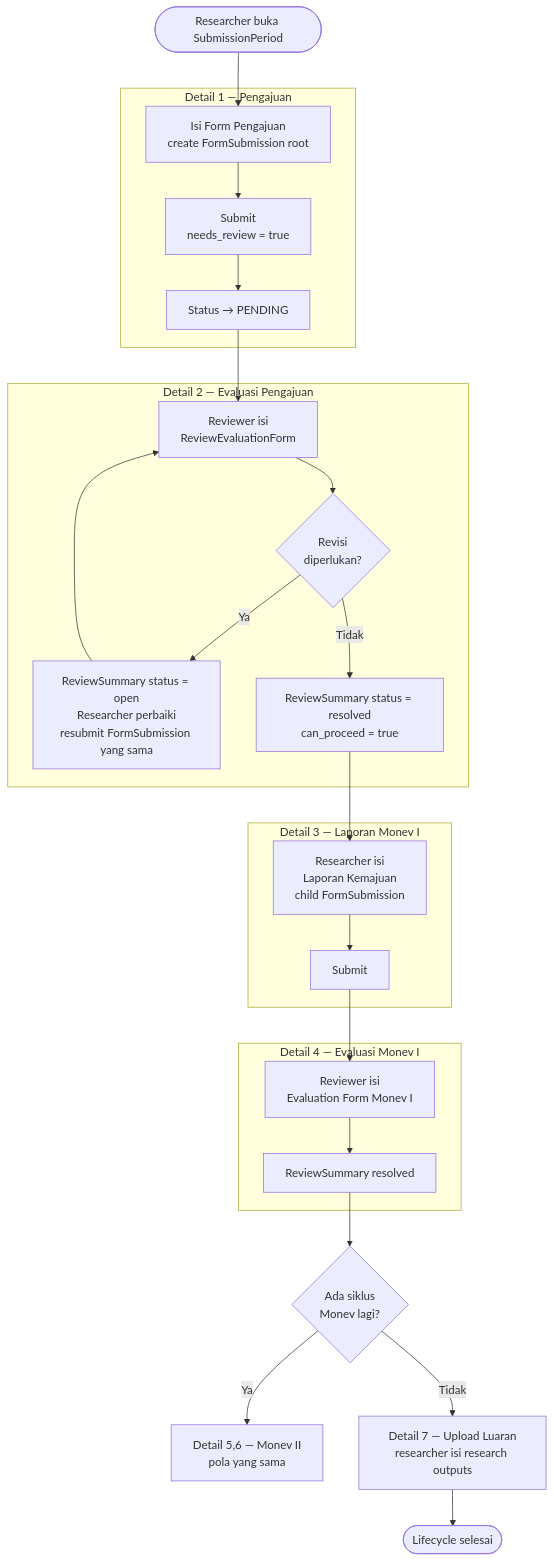
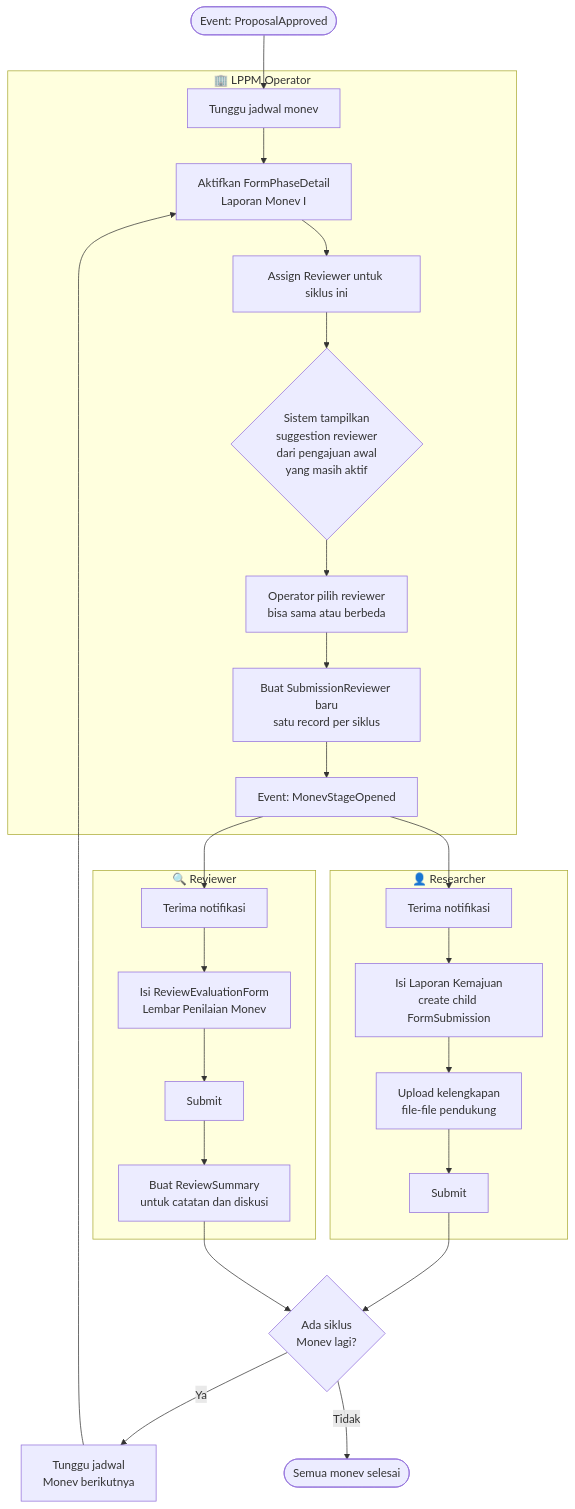
Before and after one commit to nas11ai/sim-kerjasama-itk: the first of 2 diagrams in docs/requirement-analysis/ddd/supporting/02_monev.md, drawn with Mermaid. The commit also changed other lines of this file and 12 other files, not shown here.

````diff
--- a/docs/requirement-analysis/ddd/supporting/02_monev.md
+++ b/docs/requirement-analysis/ddd/supporting/02_monev.md
@@ -45,36 +42,36 @@
 ```mermaid
 flowchart TD
-    START([Researcher buka SubmissionPeriod]) --> A
+    START([Event: ProposalApproved]) --> WAIT
 
-    subgraph STEP1["Detail 1 — Pengajuan"]
-        A[Isi Form Pengajuan<br/>create FormSubmission root]
-        A --> B[Submit<br/>needs_review = true]
-        B --> C[Status → PENDING]
+    subgraph OPERATOR["🏢 LPPM Operator"]
+        WAIT[Tunggu jadwal monev]
+        WAIT --> A[Aktifkan FormPhaseDetail<br/>Laporan Monev I]
+        A --> B[Assign Reviewer untuk siklus ini]
+        B --> SUGG{Sistem tampilkan<br/>suggestion reviewer<br/>dari pengajuan awal<br/>yang masih aktif}
+        SUGG --> C[Operator pilih reviewer<br/>bisa sama atau berbeda]
+        C --> D[Buat SubmissionReviewer baru<br/>satu record per siklus]
+        D --> E[Event: MonevStageOpened]
     end
 
-    subgraph REVIEW1["Detail 2 — Evaluasi Pengajuan"]
-        D[Reviewer isi<br/>ReviewEvaluationForm]
-        D --> E{Revisi<br/>diperlukan?}
-        E -->|Ya| F[ReviewSummary status = open<br/>Researcher perbaiki<br/>resubmit FormSubmission yang sama]
-        F --> D
-        E -->|Tidak| G[ReviewSummary status = resolved<br/>can_proceed = true]
-    end
-
-    subgraph STEP3["Detail 3 — Laporan Monev I"]
-        H[Researcher isi<br/>Laporan Kemajuan<br/>child FormSubmission]
+    subgraph RESEARCHER["👤 Researcher"]
+        F[Terima notifikasi]
+        F --> G[Isi Laporan Kemajuan<br/>create child FormSubmission]
+        G --> H[Upload kelengkapan<br/>file-file pendukung]
         H --> I[Submit]
     end
 
-    subgraph REVIEW2["Detail 4 — Evaluasi Monev I"]
-        J[Reviewer isi<br/>Evaluation Form Monev I]
-        J --> K[ReviewSummary resolved]
+    subgraph REVIEWER["🔍 Reviewer"]
+        J[Terima notifikasi]
+        J --> K[Isi ReviewEvaluationForm<br/>Lembar Penilaian Monev]
+        K --> L[Submit]
+        L --> M[Buat ReviewSummary<br/>untuk catatan dan diskusi]
     end
 
-    C --> D
-    G --> H
-    I --> J
-    K --> MORE{Ada siklus<br/>Monev lagi?}
-    MORE -->|Ya| H2[Detail 5,6 — Monev II<br/>pola yang sama]
-    MORE -->|Tidak| L[Detail 7 — Upload Luaran<br/>researcher isi research outputs]
-    L --> END([Lifecycle selesai])
+    E --> F
+    E --> J
+    I --> MORE{Ada siklus<br/>Monev lagi?}
+    M --> MORE
+    MORE -->|Ya| WAIT2[Tunggu jadwal<br/>Monev berikutnya]
+    WAIT2 --> A
+    MORE -->|Tidak| END([Semua monev selesai])
 ```
````
